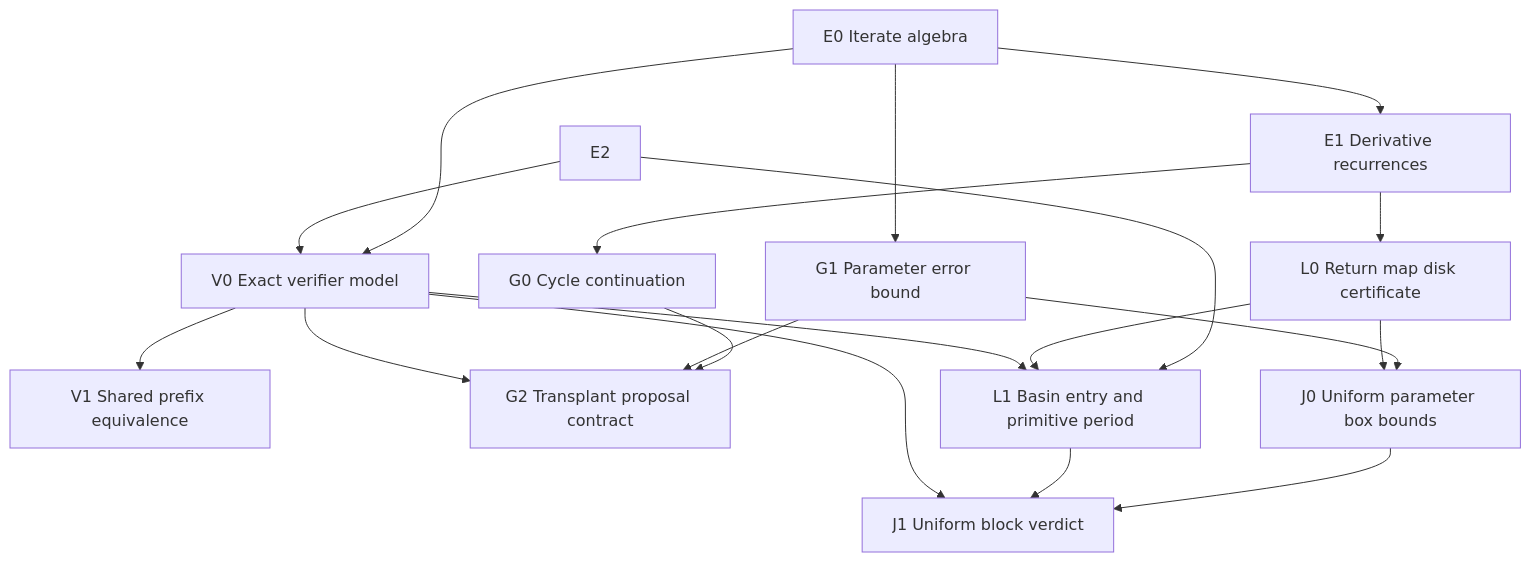
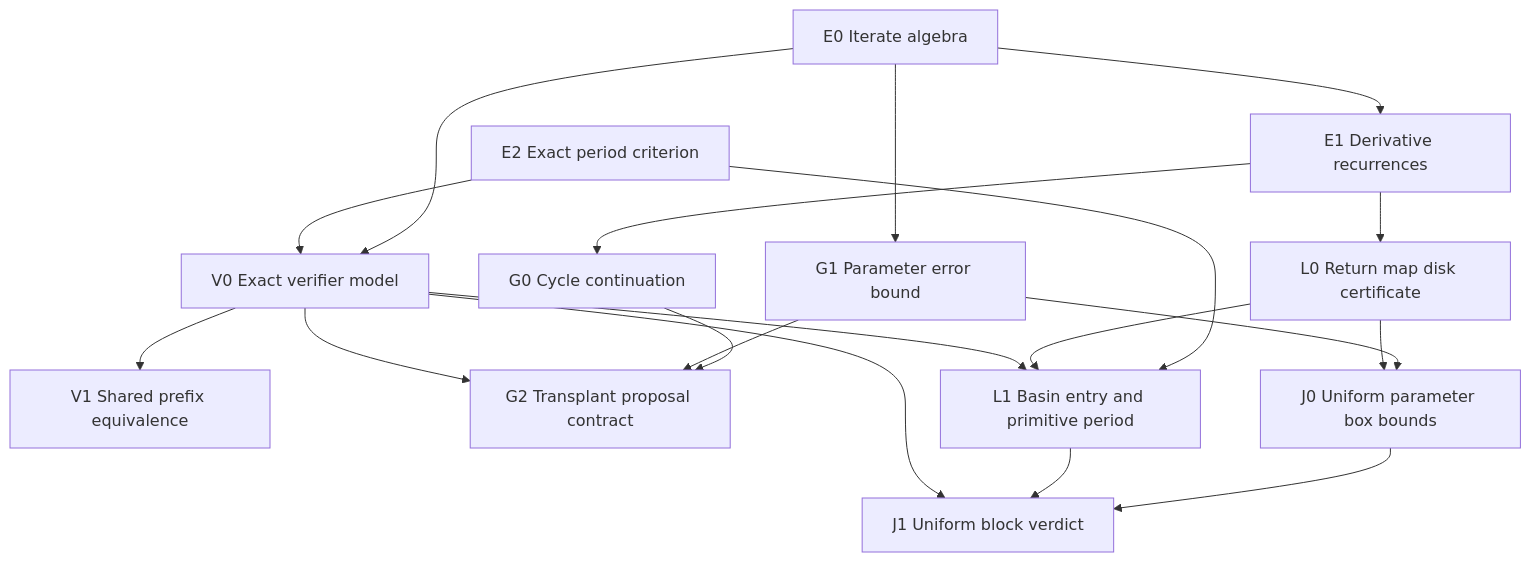
One commit to Aaron-Fine/int-M- changed the diagram in docs/verification/LEAN-PROOF-DAG.md. Above: the diagram before and after it, drawn with Mermaid.

Commit message:
docs: label standalone exact-period root in proof graph

````diff
--- a/docs/verification/LEAN-PROOF-DAG.md
+++ b/docs/verification/LEAN-PROOF-DAG.md
@@ -10,21 +10,22 @@
 ```mermaid
 flowchart TD
   E0["E0 Iterate algebra"] --> E1["E1 Derivative recurrences"]
+  E2["E2 Exact period criterion"]
   E0 --> V0["V0 Exact verifier model"]
   E2 --> V0
   V0 --> V1["V1 Shared prefix equivalence"]
   E1 --> G0["G0 Cycle continuation"]
   E0 --> G1["G1 Parameter error bound"]
   G0 --> G2["G2 Transplant proposal contract"]
   G1 --> G2
   V0 --> G2
   E1 --> L0["L0 Return map disk certificate"]
   E2 --> L1["L1 Basin entry and primitive period"]
   L0 --> L1
   V0 --> L1
   G1 --> J0["J0 Uniform parameter box bounds"]
   L0 --> J0
   J0 --> J1["J1 Uniform block verdict"]
   L1 --> J1
   V0 --> J1
 ```
````
